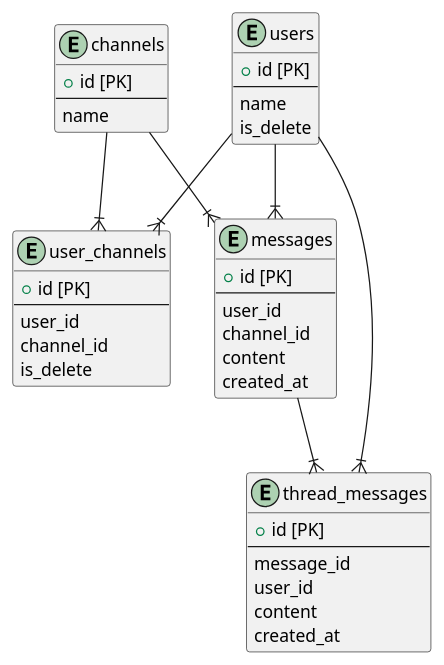
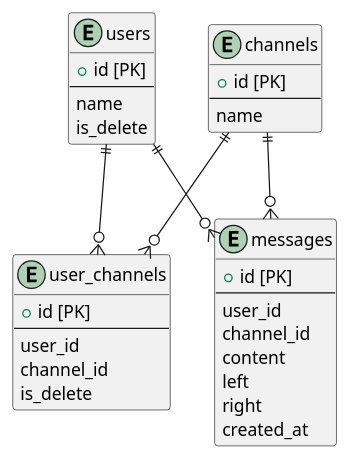
One commit to tasdsn/praha changed the diagram in 02/db_modeling2.puml. Above: the diagram before and after it, drawn with PlantUML. The commit also changed 3 other files, not shown here.

```diff
--- a/02/db_modeling2.puml
+++ b/02/db_modeling2.puml
@@ -1,53 +1,45 @@
 @startuml
 '02_DBモデリング2
+' 入れ子構造
 
 entity users {
   + id [PK]
   --
   name
   is_delete
 }
 
 entity user_channels {
   + id [PK]
   --
   user_id
   channel_id
   is_delete
 }
 
 entity channels {
   + id [PK]
   --
   name
 }
 
 entity messages {
   + id [PK]
   --
   user_id
   channel_id
   content
+  left
+  right
   created_at
 }
 
-entity thread_messages {
-  + id [PK]
-  --
-  message_id
-  user_id
-  content
-  created_at
-}
-
-users          --|{ user_channels
-channels       --|{ user_channels
-channels       --|{ messages
-messages       --|{ thread_messages
-users          --|{ messages
-users          --|{ thread_messages
+users          ||--o{ user_channels
+channels       ||--o{ user_channels
+channels       ||--o{ messages
+users          ||--o{ messages
 
 ' 横断機能はユーザーの所属しているチャネルを取得してそのメッセージを取得し、
 ' それに紐付くスレッドを取得すれば検索できるはず
 
 @enduml
```
